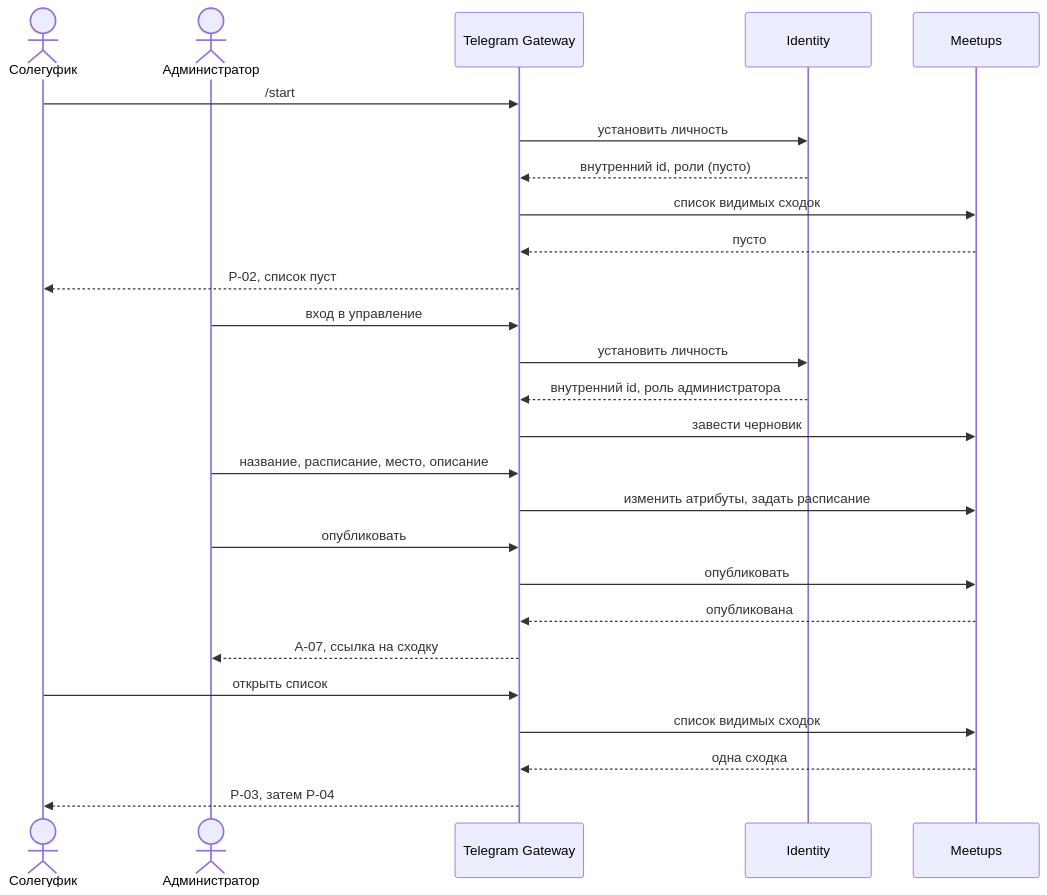
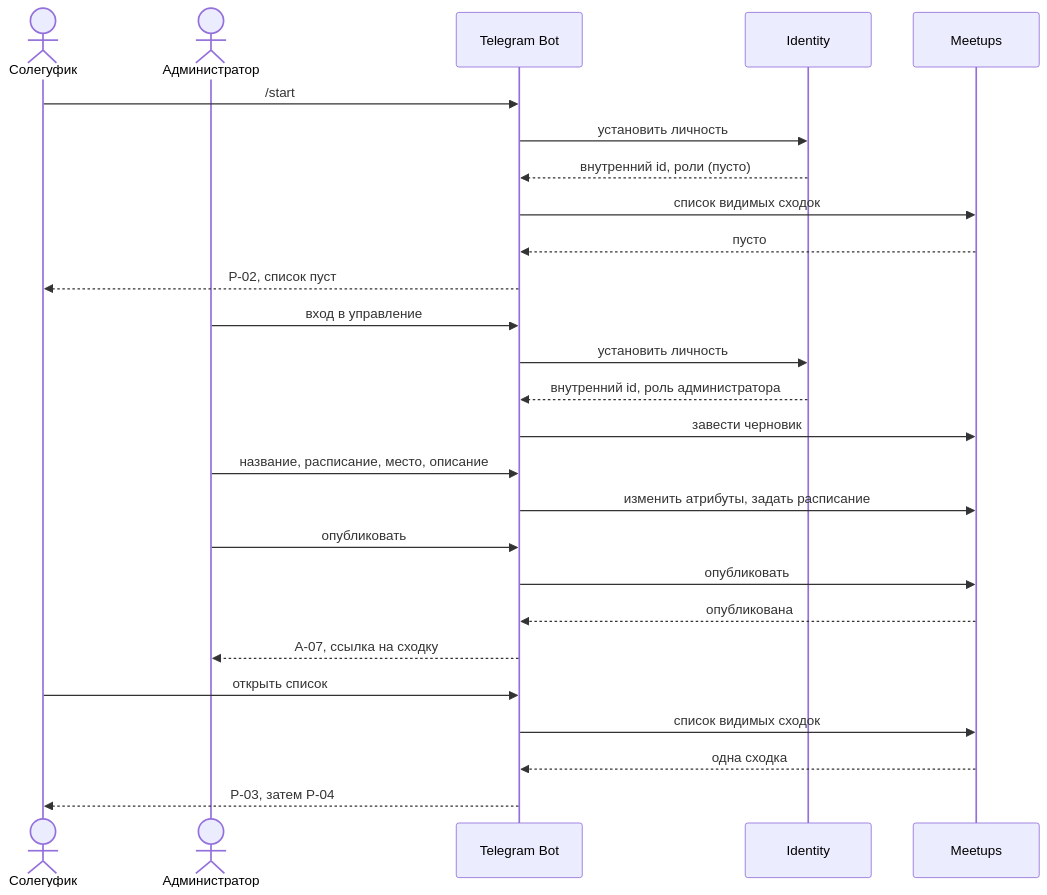
Before and after one commit to Solguficky/solguficky-hub: the diagram in docs/architecture/first-slice.md, drawn with Mermaid. The commit also changed other lines of this file and 212 other files, not shown here.

First line of the commit message:
[PER-27] Спроектировать Telegram Bot (#22)

````diff
--- a/docs/architecture/first-slice.md
+++ b/docs/architecture/first-slice.md
@@ -26,31 +26,31 @@
 ```mermaid
 sequenceDiagram
     actor S as Солегуфик
     actor A as Администратор
-    participant G as Telegram Gateway
+    participant B as Telegram Bot
     participant I as Identity
     participant M as Meetups
 
-    S->>G: /start
-    G->>I: установить личность
-    I-->>G: внутренний id, роли (пусто)
-    G->>M: список видимых сходок
-    M-->>G: пусто
-    G-->>S: P-02, список пуст
+    S->>B: /start
+    B->>I: установить личность
+    I-->>B: внутренний id, роли (пусто)
+    B->>M: список видимых сходок
+    M-->>B: пусто
+    B-->>S: P-02, список пуст
 
-    A->>G: вход в управление
-    G->>I: установить личность
-    I-->>G: внутренний id, роль администратора
-    G->>M: завести черновик
-    A->>G: название, расписание, место, описание
-    G->>M: изменить атрибуты, задать расписание
-    A->>G: опубликовать
-    G->>M: опубликовать
-    M-->>G: опубликована
-    G-->>A: A-07, ссылка на сходку
+    A->>B: вход в управление
+    B->>I: установить личность
+    I-->>B: внутренний id, роль администратора
+    B->>M: завести черновик
+    A->>B: название, расписание, место, описание
+    B->>M: изменить атрибуты, задать расписание
+    A->>B: опубликовать
+    B->>M: опубликовать
+    M-->>B: опубликована
+    B-->>A: A-07, ссылка на сходку
 
-    S->>G: открыть список
-    G->>M: список видимых сходок
-    M-->>G: одна сходка
-    G-->>S: P-03, затем P-04
+    S->>B: открыть список
+    B->>M: список видимых сходок
+    M-->>B: одна сходка
+    B-->>S: P-03, затем P-04
 ```
````
